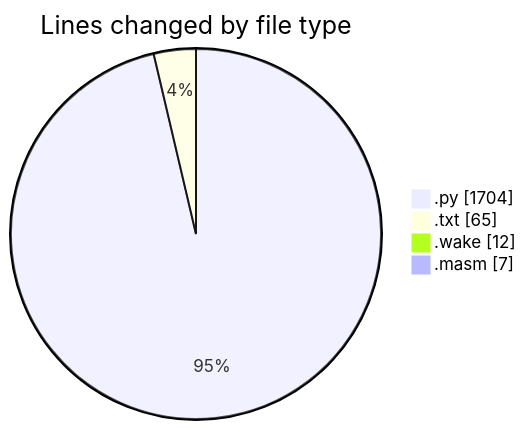
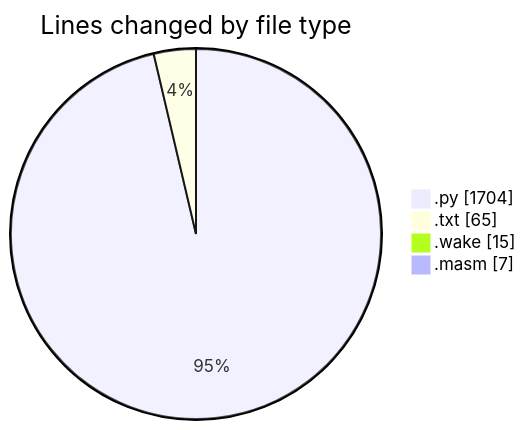
Before and after one commit to charlie-sans/code-tracking: the first of 2 diagrams in 2025-04-29/wake-lang/README.md, drawn with Mermaid. The commit also changed other lines of this file and 1 other file, not shown here.

````diff
--- a/2025-04-29/wake-lang/README.md
+++ b/2025-04-29/wake-lang/README.md
@@ -26,8 +26,8 @@
 ```mermaid
 pie showData
 title Lines changed by file type
 ".py" : 1704
 ".txt" : 65
-".wake" : 12
+".wake" : 15
 ".masm" : 7
 ```
````
